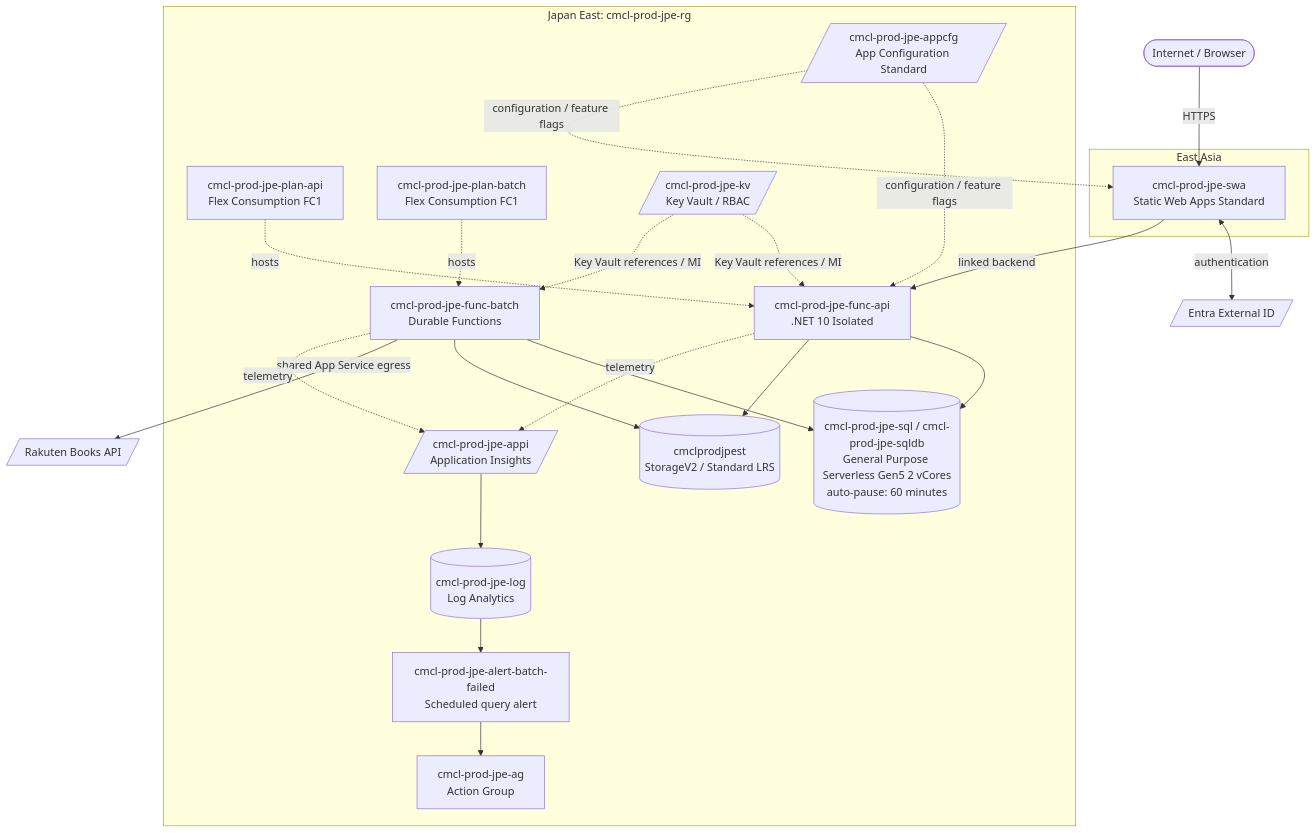
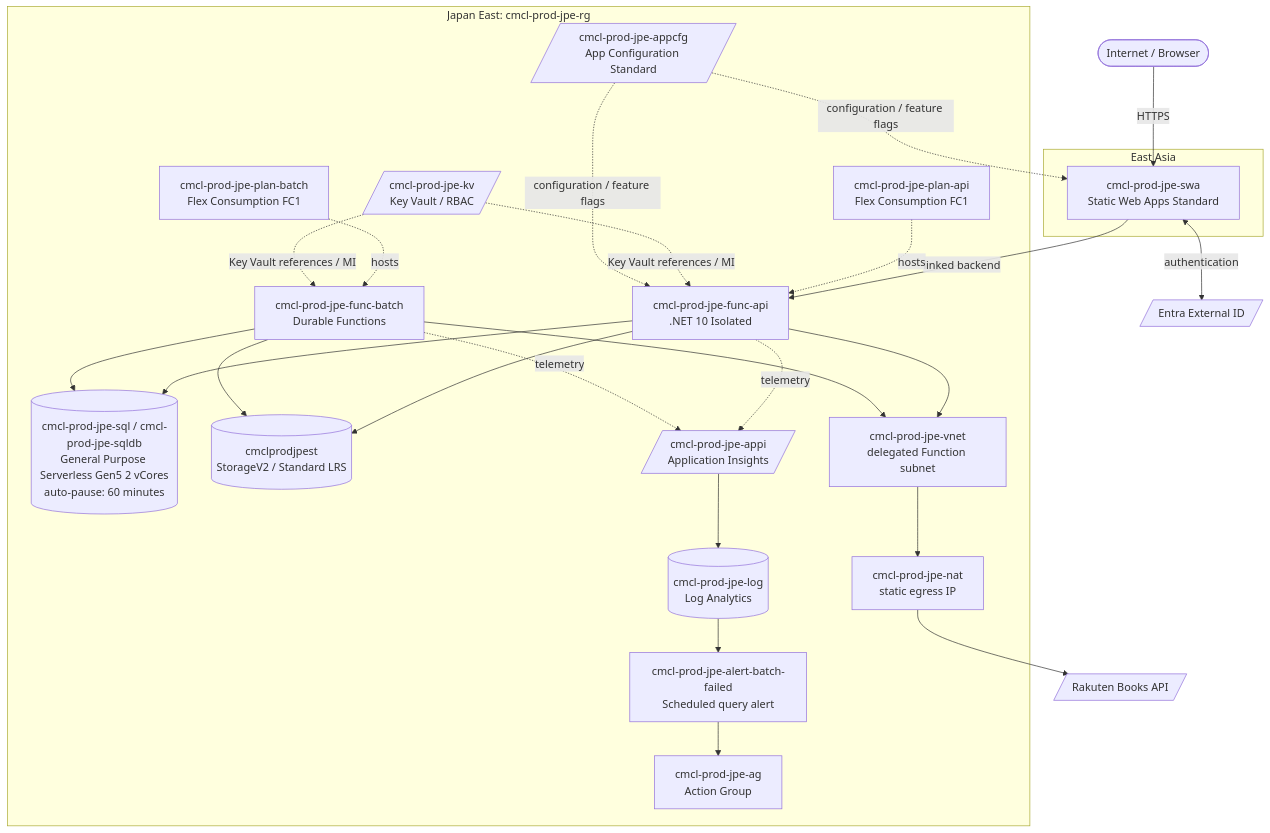
Before and after one commit to Takas0522/ComiCal: the second of 2 diagrams in docs/specs/oo-init/06-architecture-overview.md, drawn with Mermaid. The commit also changed other lines of this file and 4 other files, not shown here.

Commit message:
fix: route API traffic through static egress (#377)

````diff
--- a/docs/specs/oo-init/06-architecture-overview.md
+++ b/docs/specs/oo-init/06-architecture-overview.md
@@ -80,44 +80,48 @@
 ```mermaid
 flowchart TB
     Internet([Internet / Browser])
     Rakuten[/"Rakuten Books API"/]
     Entra[/"Entra External ID"/]
 
     subgraph EastAsia["East Asia"]
         SWA["cmcl-prod-jpe-swa<br/>Static Web Apps Standard"]
     end
 
     subgraph JapanEast["Japan East: cmcl-prod-jpe-rg"]
         ApiPlan["cmcl-prod-jpe-plan-api<br/>Flex Consumption FC1"]
         BatchPlan["cmcl-prod-jpe-plan-batch<br/>Flex Consumption FC1"]
         Api["cmcl-prod-jpe-func-api<br/>.NET 10 Isolated"]
         Batch["cmcl-prod-jpe-func-batch<br/>Durable Functions"]
         SQL[("cmcl-prod-jpe-sql / cmcl-prod-jpe-sqldb<br/>General Purpose Serverless Gen5 2 vCores<br/>auto-pause: 60 minutes")]
         Storage[("cmclprodjpest<br/>StorageV2 / Standard LRS")]
         KV[/"cmcl-prod-jpe-kv<br/>Key Vault / RBAC"/]
         AppCfg[/"cmcl-prod-jpe-appcfg<br/>App Configuration Standard"/]
         AppI[/"cmcl-prod-jpe-appi<br/>Application Insights"/]
         Log[("cmcl-prod-jpe-log<br/>Log Analytics")]
         Alert["cmcl-prod-jpe-alert-batch-failed<br/>Scheduled query alert"]
         ActionGroup["cmcl-prod-jpe-ag<br/>Action Group"]
+        VNet["cmcl-prod-jpe-vnet<br/>delegated Function subnet"]
+        NAT["cmcl-prod-jpe-nat<br/>static egress IP"]
     end
 
     Internet -->|HTTPS| SWA
     SWA <-->|authentication| Entra
     SWA -->|linked backend| Api
     ApiPlan -. hosts .-> Api
     BatchPlan -. hosts .-> Batch
     Api --> SQL
     Api --> Storage
     Batch --> SQL
     Batch --> Storage
-    Batch -->|shared App Service egress| Rakuten
+    Api --> VNet
+    Batch --> VNet
+    VNet --> NAT --> Rakuten
     KV -. Key Vault references / MI .-> Api
     KV -. Key Vault references / MI .-> Batch
     AppCfg -. configuration / feature flags .-> Api
     AppCfg -. configuration / feature flags .-> SWA
     Api -. telemetry .-> AppI
     Batch -. telemetry .-> AppI
     AppI --> Log
     Log --> Alert --> ActionGroup
 ```
````
